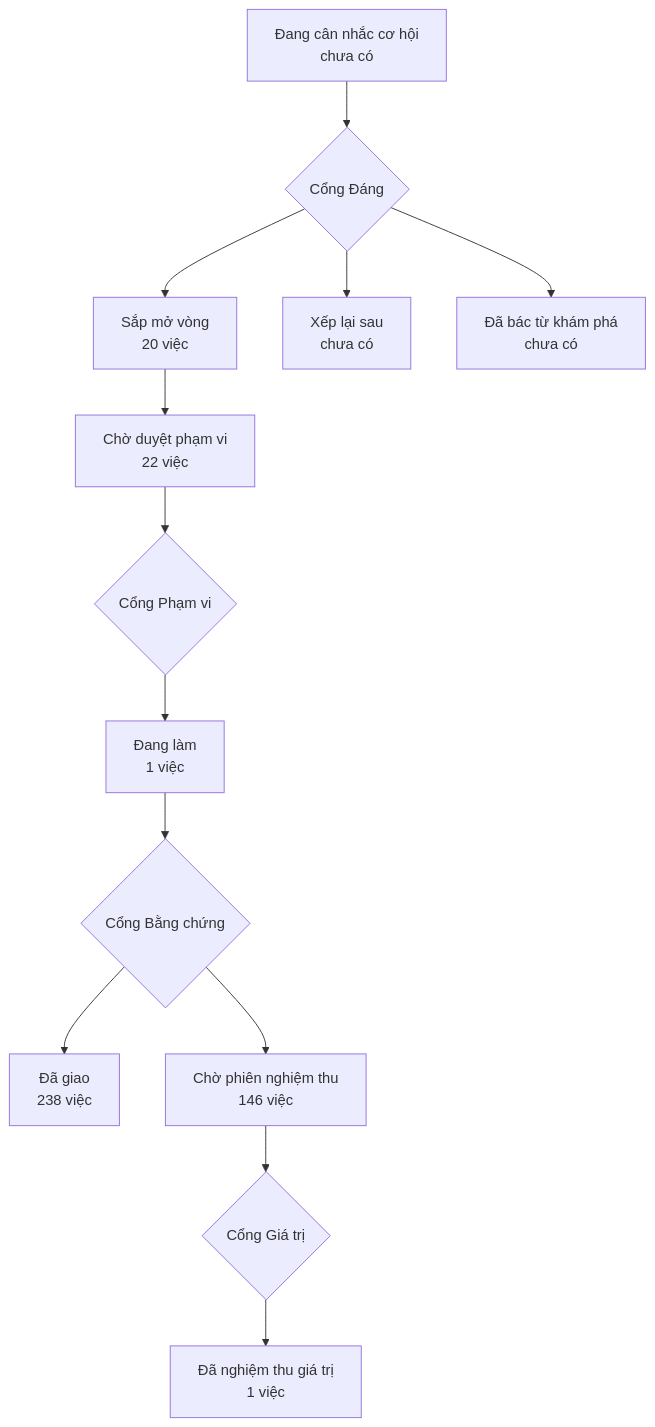
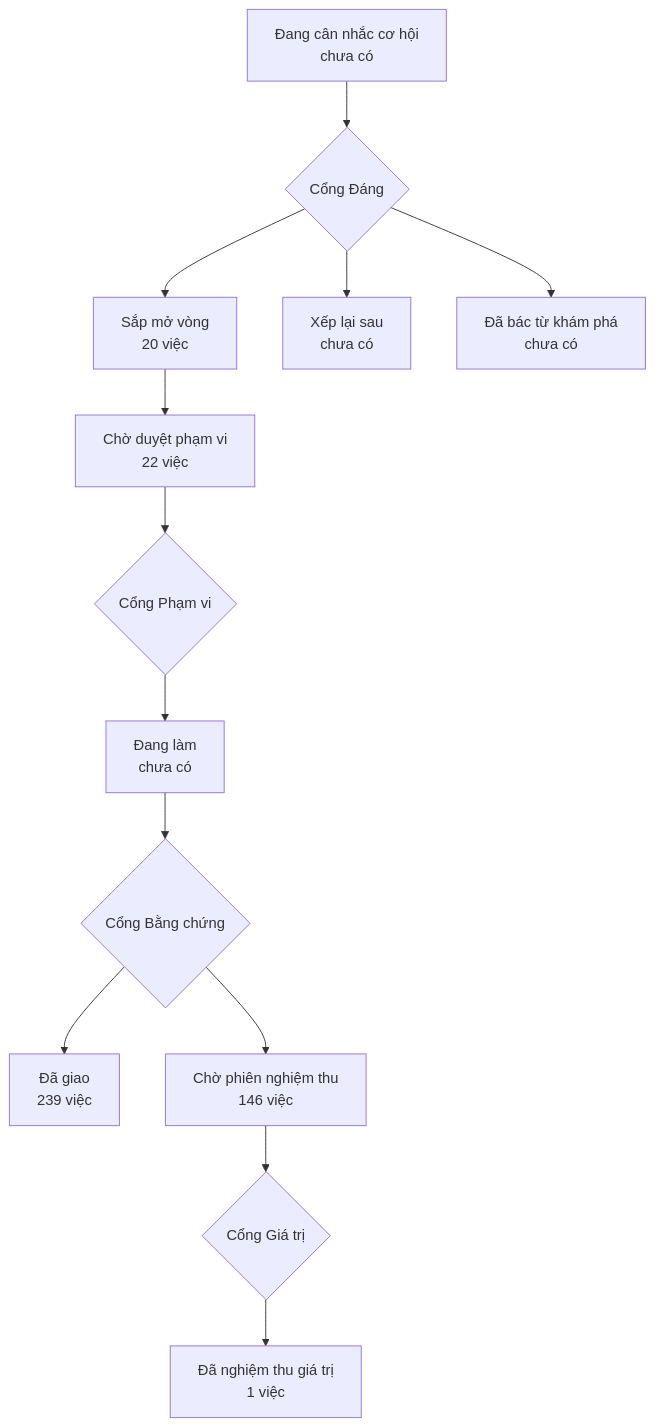
One commit to phanlemanh/onehub-invest changed the diagram in PRODUCT-MAP.md. Above: the diagram before and after it, drawn with Mermaid. The commit also changed other lines of this file and 1 other file, not shown here.

Commit message:
chore: vẽ lại bản đồ sau khi gộp main

````diff
--- a/PRODUCT-MAP.md
+++ b/PRODUCT-MAP.md
@@ -7,12 +7,12 @@
 ```mermaid
 flowchart TD
   A["Đang cân nhắc cơ hội<br/>chưa có"] --> GD{"Cổng Đáng"}
   GD --> B["Sắp mở vòng<br/>20 việc"]
   GD --> XL["Xếp lại sau<br/>chưa có"]
   GD --> DB["Đã bác từ khám phá<br/>chưa có"]
   B --> CD["Chờ duyệt phạm vi<br/>22 việc"] --> GP{"Cổng Phạm vi"}
-  GP --> DL["Đang làm<br/>1 việc"] --> GB{"Cổng Bằng chứng"}
-  GB --> DG["Đã giao<br/>238 việc"]
+  GP --> DL["Đang làm<br/>chưa có"] --> GB{"Cổng Bằng chứng"}
+  GB --> DG["Đã giao<br/>239 việc"]
   GB --> CN["Chờ phiên nghiệm thu<br/>146 việc"] --> GG{"Cổng Giá trị"}
   GG --> NT["Đã nghiệm thu giá trị<br/>1 việc"]
 ```
````
